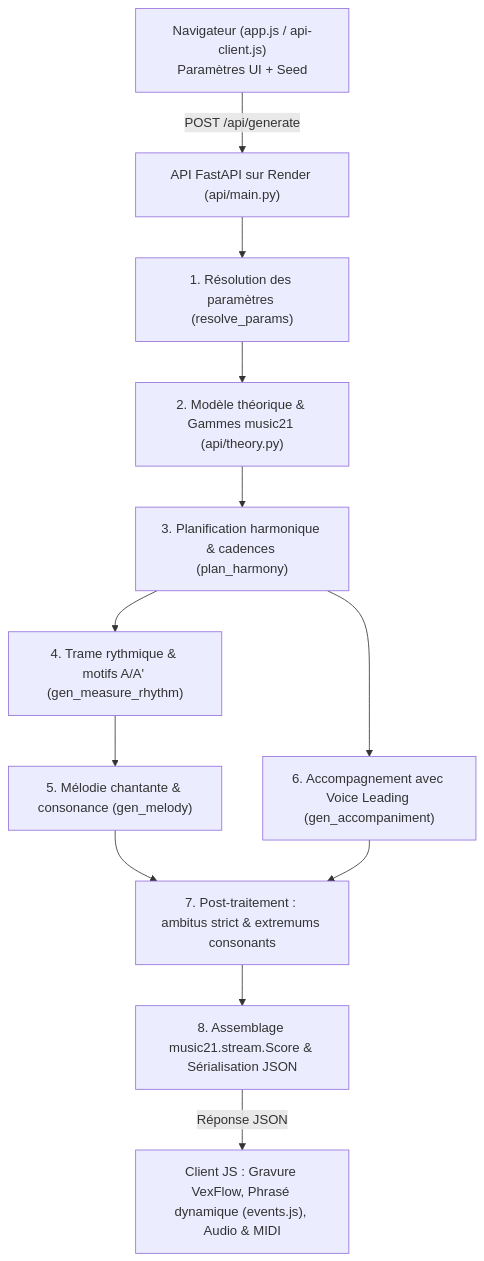
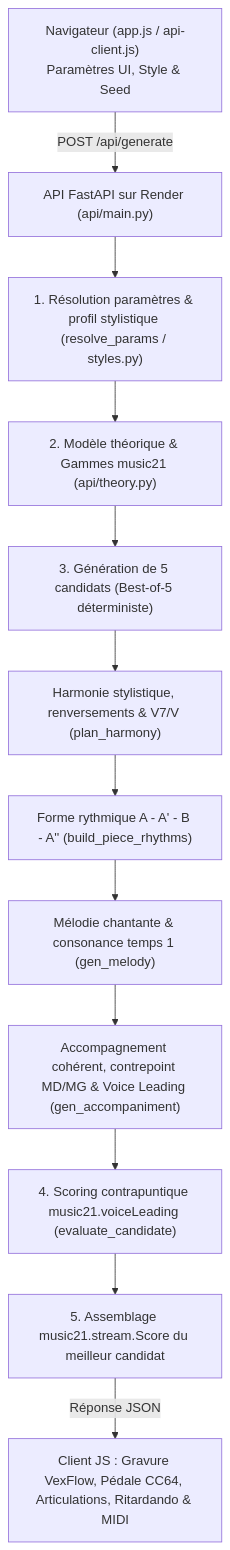
Before and after one commit to antoineb75/music-generator-sightreading: the first of 3 diagrams in ALGORITHME.md, drawn with Mermaid. The commit also changed other lines of this file and 10 other files, not shown here.

Commit message:
refactor: update algorithm documentation and styles profile for music generation

````diff
--- a/ALGORITHME.md
+++ b/ALGORITHME.md
@@ -13,14 +13,14 @@
 ```mermaid
 flowchart TD
-    A["Navigateur (app.js / api-client.js)<br/>Paramètres UI + Seed"] -->|POST /api/generate| B["API FastAPI sur Render (api/main.py)"]
-    B --> C["1. Résolution des paramètres (resolve_params)"]
+    A["Navigateur (app.js / api-client.js)<br/>Paramètres UI, Style & Seed"] -->|POST /api/generate| B["API FastAPI sur Render (api/main.py)"]
+    B --> C["1. Résolution paramètres & profil stylistique (resolve_params / styles.py)"]
     C --> D["2. Modèle théorique & Gammes music21 (api/theory.py)"]
-    D --> E["3. Planification harmonique & cadences (plan_harmony)"]
-    E --> F["4. Trame rythmique & motifs A/A' (gen_measure_rhythm)"]
-    F --> G["5. Mélodie chantante & consonance (gen_melody)"]
-    E --> H["6. Accompagnement avec Voice Leading (gen_accompaniment)"]
-    G --> I["7. Post-traitement : ambitus strict & extremums consonants"]
-    H --> I
-    I --> J["8. Assemblage music21.stream.Score & Sérialisation JSON"]
-    J -->|Réponse JSON| K["Client JS : Gravure VexFlow, Phrasé dynamique (events.js), Audio & MIDI"]
+    D --> E["3. Génération de 5 candidats (Best-of-5 déterministe)"]
+    E --> F["Harmonie stylistique, renversements & V7/V (plan_harmony)"]
+    F --> G["Forme rythmique A - A' - B - A'' (build_piece_rhythms)"]
+    G --> H["Mélodie chantante & consonance temps 1 (gen_melody)"]
+    H --> I["Accompagnement cohérent, contrepoint MD/MG & Voice Leading (gen_accompaniment)"]
+    I --> J["4. Scoring contrapuntique music21.voiceLeading (evaluate_candidate)"]
+    J --> K["5. Assemblage music21.stream.Score du meilleur candidat"]
+    K -->|Réponse JSON| L["Client JS : Gravure VexFlow, Pédale CC64, Articulations, Ritardando & MIDI"]
 ```
````
